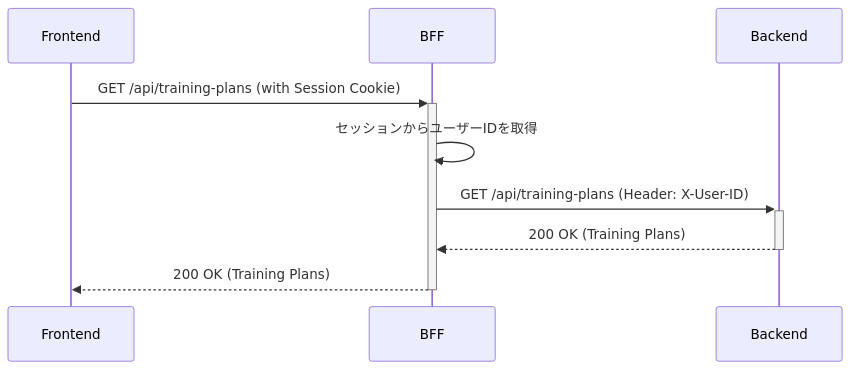
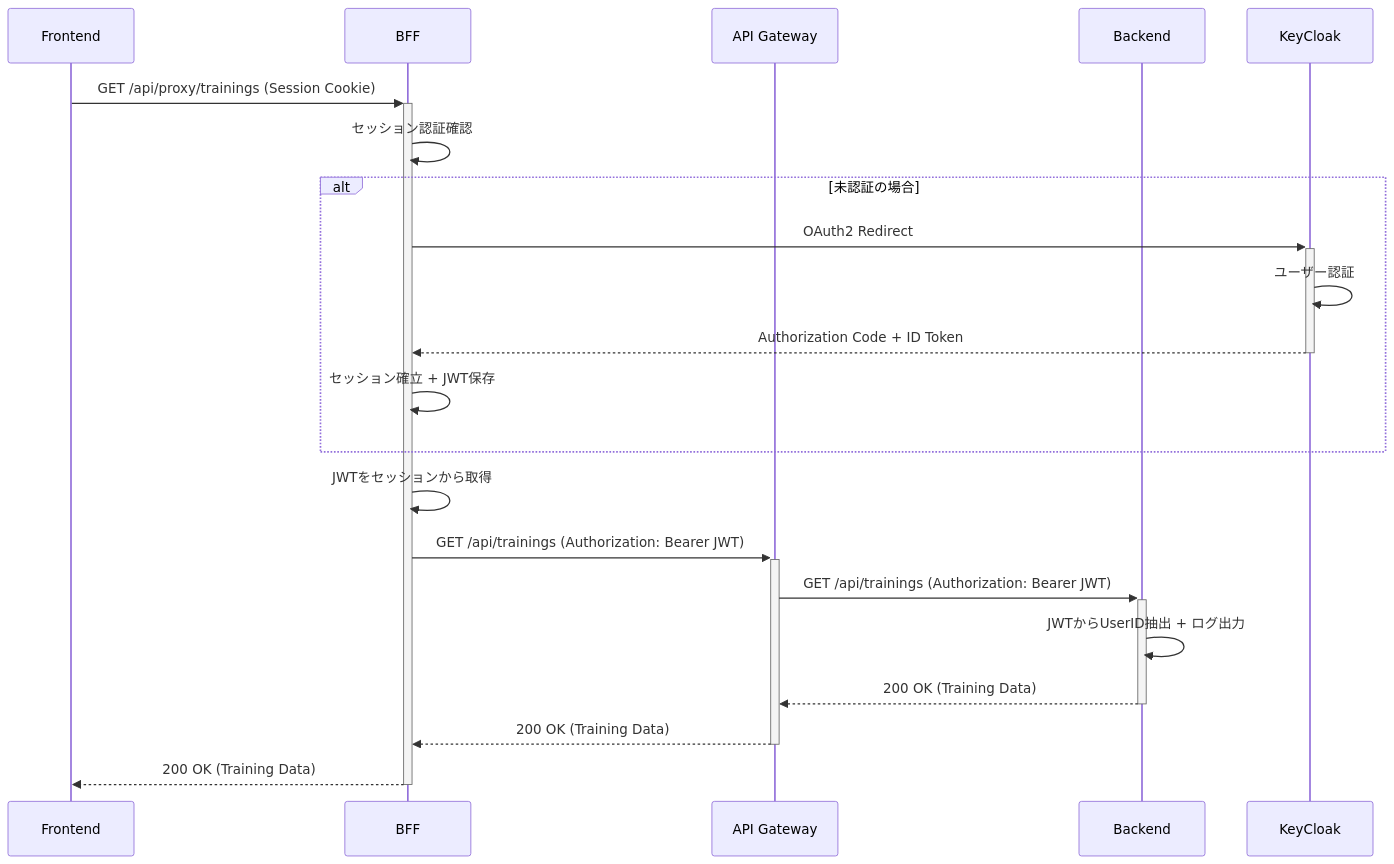
One commit to tis-abe-akira/bff-study changed the second of 3 diagrams in CLAUDE.md. Above: the diagram before and after it, drawn with Mermaid. The commit also changed other lines of this file and 7 other files, not shown here.

````diff
--- a/CLAUDE.md
+++ b/CLAUDE.md
@@ -53,12 +104,26 @@
 ```mermaid
 sequenceDiagram
-    participant Frontend
-    participant BFF
-    participant Backend
+    participant F as Frontend
+    participant B as BFF
+    participant A as API Gateway  
+    participant K as Backend
+    participant KC as KeyCloak
 
-    Frontend->>+BFF: GET /api/training-plans (with Session Cookie)
-    BFF->>BFF: セッションからユーザーIDを取得
-    BFF->>+Backend: GET /api/training-plans (Header: X-User-ID)
-    Backend-->>-BFF: 200 OK (Training Plans)
-    BFF-->>-Frontend: 200 OK (Training Plans)
+    F->>+B: GET /api/proxy/trainings (Session Cookie)
+    B->>B: セッション認証確認
+    
+    alt 未認証の場合
+        B->>+KC: OAuth2 Redirect
+        KC->>KC: ユーザー認証
+        KC-->>-B: Authorization Code + ID Token
+        B->>B: セッション確立 + JWT保存
+    end
+    
+    B->>B: JWTをセッションから取得
+    B->>+A: GET /api/trainings (Authorization: Bearer JWT)
+    A->>+K: GET /api/trainings (Authorization: Bearer JWT)
+    K->>K: JWTからUserID抽出 + ログ出力
+    K-->>-A: 200 OK (Training Data)
+    A-->>-B: 200 OK (Training Data)
+    B-->>-F: 200 OK (Training Data)
 ```
````
